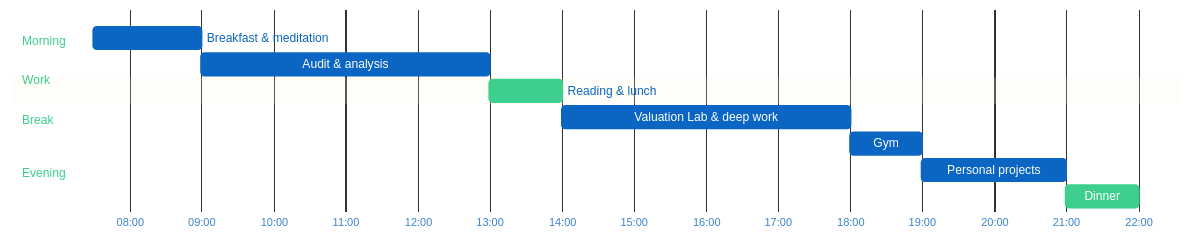
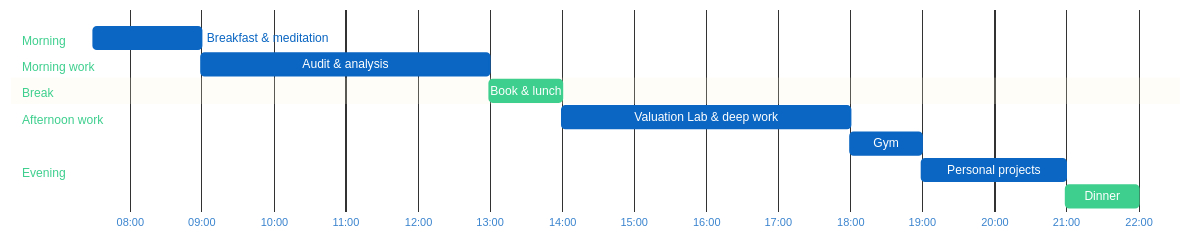
One commit to crissness/crissness changed the diagram in README.md. Above: the diagram before and after it, drawn with Mermaid. The commit also changed other lines of this file, not shown here.

Commit message:
fix: Gantt sections + random facts

````diff
--- a/README.md
+++ b/README.md
@@ -55,39 +55,39 @@
 ```mermaid
 %%{init: {'theme':'base','themeVariables':{
   'taskBkgColor':'#0A66C2',
   'taskBorderColor':'#0A66C2',
   'taskTextColor':'#ffffff',
   'taskTextLightColor':'#ffffff',
   'taskTextDarkColor':'#ffffff',
   'taskTextOutsideColor':'#0A66C2',
   'critBkgColor':'#3ECF8E',
   'critBorderColor':'#3ECF8E',
   'textColor':'#0A66C2',
   'titleColor':'#3ECF8E',
   'sectionBkgColor':'transparent',
   'altSectionBkgColor':'transparent',
   'gridColor':'#0A66C2',
   'tickColor':'#0A66C2',
   'todayLineColor':'#3ECF8E'
 }}}%%
 gantt
   dateFormat HH:mm
   axisFormat %H:%M
 
   section Morning
     Breakfast & meditation      :07:30, 90m
 
-  section Work
+  section Morning work
     Audit & analysis            :09:00, 240m
 
   section Break
-    Reading & lunch             :crit, 13:00, 60m
+    Book & lunch                :crit, 13:00, 60m
 
-  section Work
+  section Afternoon work
     Valuation Lab & deep work   :14:00, 240m
 
   section Evening
     Gym                         :18:00, 60m
     Personal projects           :19:00, 120m
     Dinner                      :crit, 21:00, 60m
 ```
````
